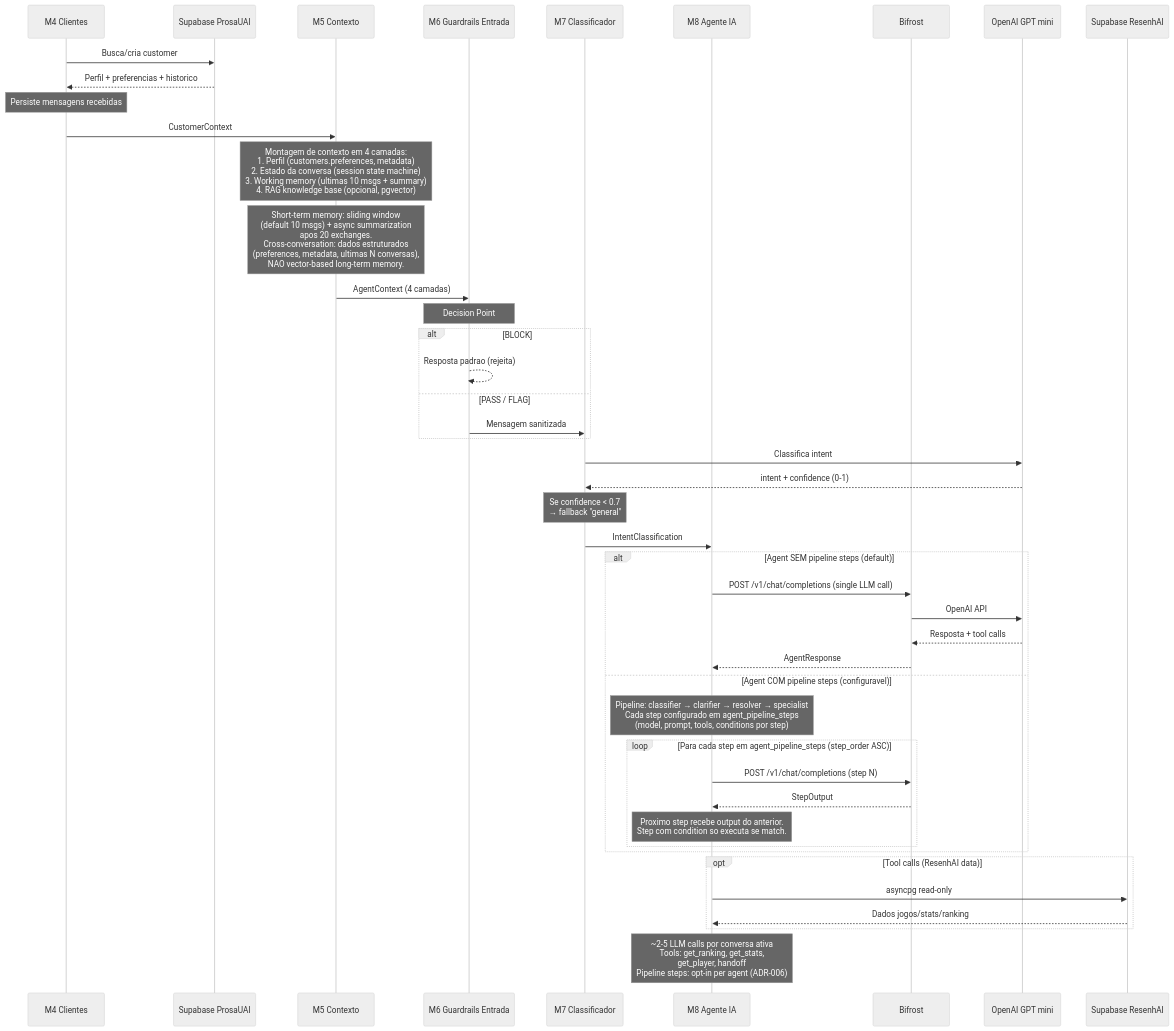
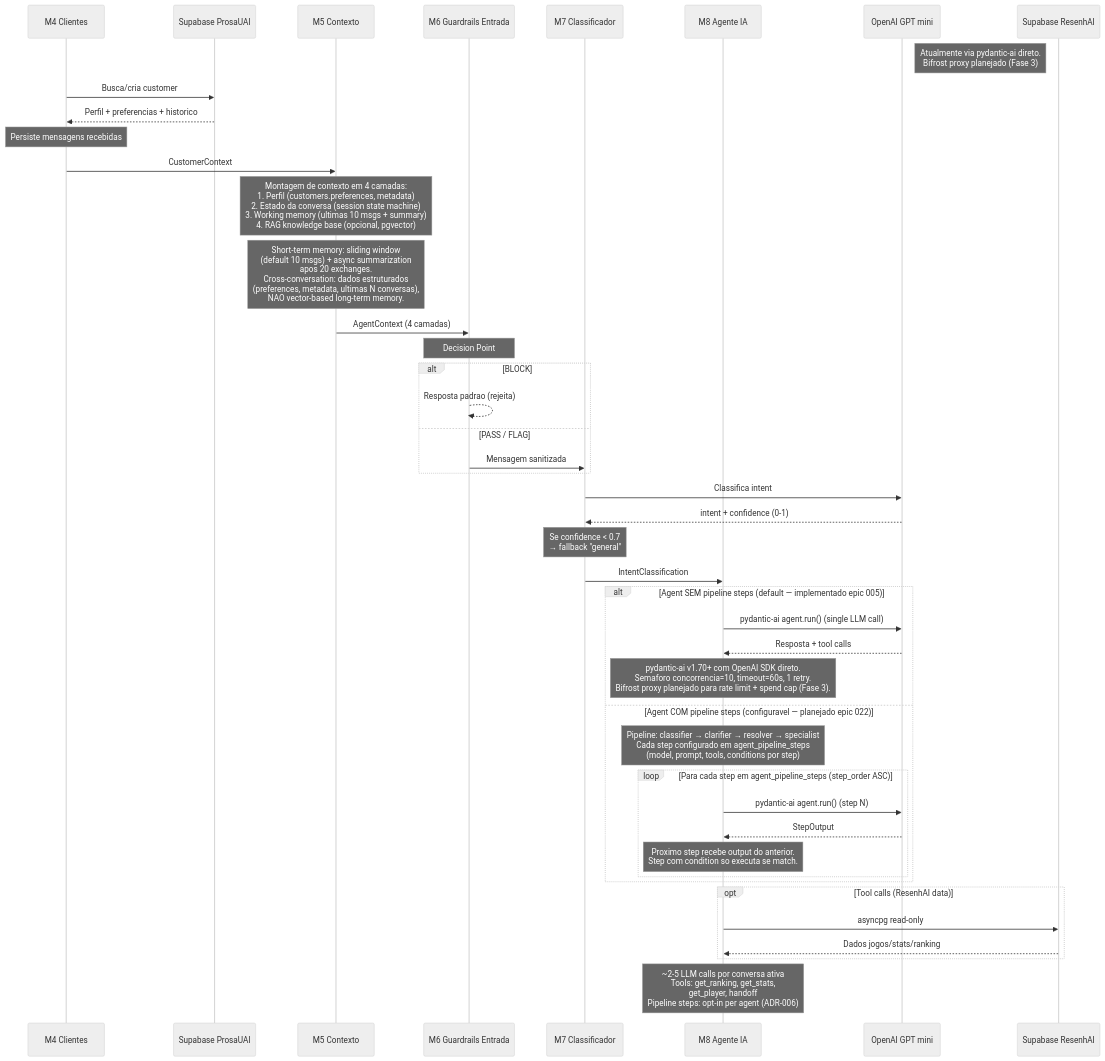
Before and after one commit to paceautomations/madruga.ai: the fourth of 13 diagrams in platforms/prosauai/business/process.md, drawn with Mermaid (neutral theme). The commit also changed other lines of this file and 7 other files, not shown here.

First line of the commit message:
chore(prosauai): update docs — remove Bifrost refs, add epic 005/006 features, sync ADRs

````diff
--- a/platforms/prosauai/business/process.md
+++ b/platforms/prosauai/business/process.md
@@ -144,55 +144,54 @@
 ```mermaid
 sequenceDiagram
     participant M4 as M4 Clientes
     participant DB as Supabase ProsaUAI
     participant M5 as M5 Contexto
     participant M6 as M6 Guardrails Entrada
     participant M7 as M7 Classificador
     participant M8 as M8 Agente IA
-    participant Bifrost
     participant GPTmini as OpenAI GPT mini
     participant ResenhAI as Supabase ResenhAI
+    Note right of GPTmini: Atualmente via pydantic-ai direto.<br/>Bifrost proxy planejado (Fase 3)
 
     M4->>DB: Busca/cria customer
     DB-->>M4: Perfil + preferencias + historico
     Note over M4: Persiste mensagens recebidas
 
     M4->>M5: CustomerContext
     Note over M5: Montagem de contexto em 4 camadas:<br/>1. Perfil (customers.preferences, metadata)<br/>2. Estado da conversa (session state machine)<br/>3. Working memory (ultimas 10 msgs + summary)<br/>4. RAG knowledge base (opcional, pgvector)
     Note over M5: Short-term memory: sliding window<br/>(default 10 msgs) + async summarization<br/>apos 20 exchanges.<br/>Cross-conversation: dados estruturados<br/>(preferences, metadata, ultimas N conversas),<br/>NAO vector-based long-term memory.
 
     M5->>M6: AgentContext (4 camadas)
     Note over M6: Decision Point #2<br/>PII: CPF, telefone, email<br/>Toxicidade: conteudo ofensivo<br/>Injection: prompt injection
     alt BLOCK
         M6-->>M6: Resposta padrao (rejeita)
     else PASS / FLAG
         M6->>M7: Mensagem sanitizada
     end
 
     M7->>GPTmini: Classifica intent
     GPTmini-->>M7: intent + confidence (0-1)
     Note over M7: Se confidence < 0.7<br/>→ fallback "general"
 
     M7->>M8: IntentClassification
 
-    alt Agent SEM pipeline steps (default)
-        M8->>Bifrost: POST /v1/chat/completions (single LLM call)
-        Bifrost->>GPTmini: OpenAI API
-        GPTmini-->>Bifrost: Resposta + tool calls
-        Bifrost-->>M8: AgentResponse
-    else Agent COM pipeline steps (configuravel)
+    alt Agent SEM pipeline steps (default — implementado epic 005)
+        M8->>GPTmini: pydantic-ai agent.run() (single LLM call)
+        GPTmini-->>M8: Resposta + tool calls
+        Note over M8: pydantic-ai v1.70+ com OpenAI SDK direto.<br/>Semaforo concorrencia=10, timeout=60s, 1 retry.<br/>Bifrost proxy planejado para rate limit + spend cap (Fase 3).
+    else Agent COM pipeline steps (configuravel — planejado epic 022)
         Note over M8: Pipeline: classifier → clarifier → resolver → specialist<br/>Cada step configurado em agent_pipeline_steps<br/>(model, prompt, tools, conditions por step)
         loop Para cada step em agent_pipeline_steps (step_order ASC)
-            M8->>Bifrost: POST /v1/chat/completions (step N)
-            Bifrost-->>M8: StepOutput
+            M8->>GPTmini: pydantic-ai agent.run() (step N)
+            GPTmini-->>M8: StepOutput
             Note over M8: Proximo step recebe output do anterior.<br/>Step com condition so executa se match.
         end
     end
 
     opt Tool calls (ResenhAI data)
         M8->>ResenhAI: asyncpg read-only
         ResenhAI-->>M8: Dados jogos/stats/ranking
     end
 
     Note over M8: ~2-5 LLM calls por conversa ativa<br/>Tools: get_ranking, get_stats,<br/>get_player, handoff<br/>Pipeline steps: opt-in per agent (ADR-006)
 ```
````
